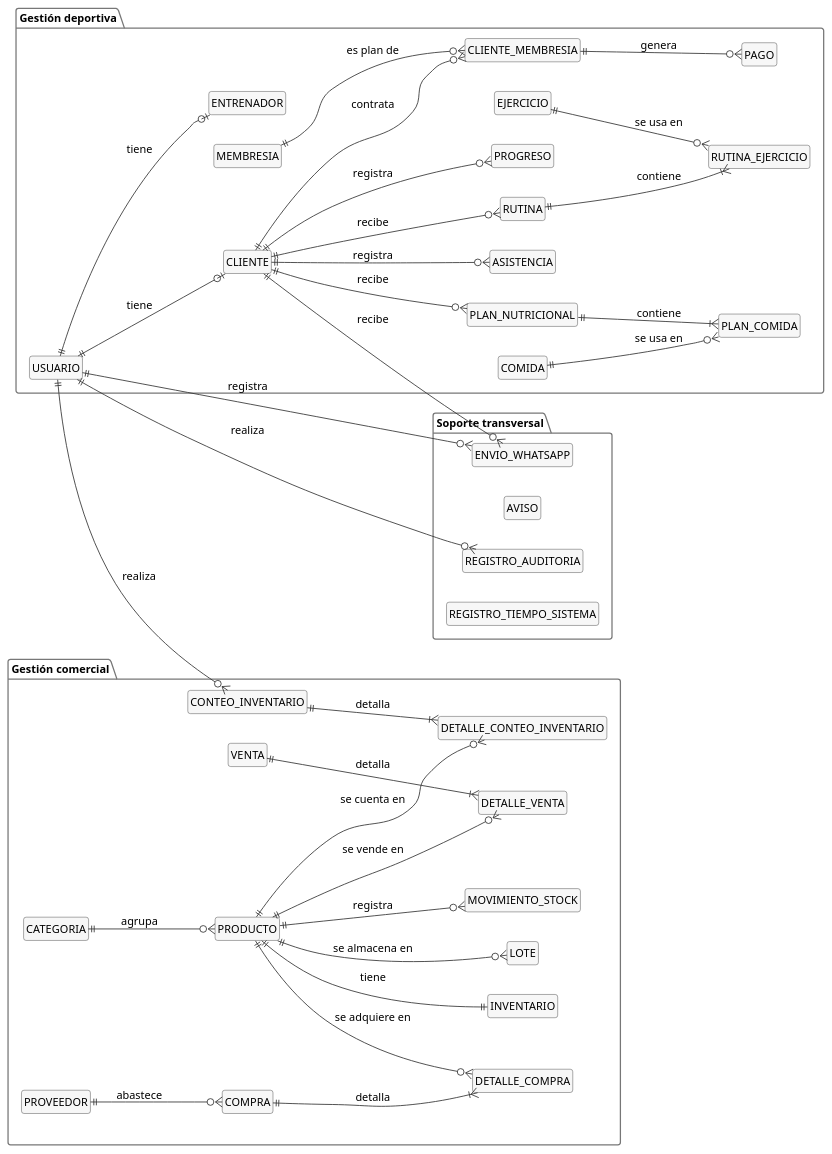
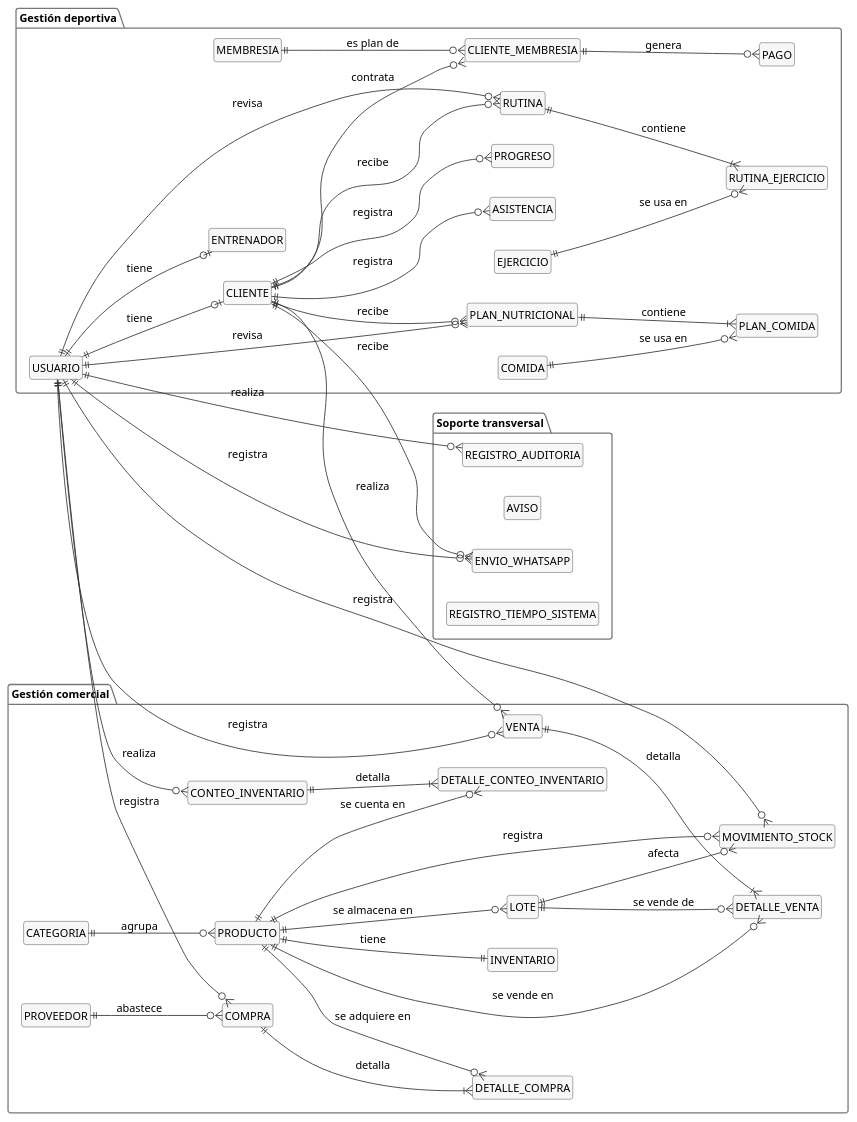
Before and after one commit to KeenGuerra/GleyforGymInvestigacion: the fifth of 11 diagrams in docs/07_Gestion_Proyecto/Intervencion_Metodologica.md, drawn with PlantUML. The commit also changed other lines of this file, not shown here.

````diff
--- a/docs/07_Gestion_Proyecto/Intervencion_Metodologica.md
+++ b/docs/07_Gestion_Proyecto/Intervencion_Metodologica.md
@@ -609,5 +609,13 @@
 CLIENTE ||--o{ ENVIO_WHATSAPP : recibe
 USUARIO ||--o{ ENVIO_WHATSAPP : registra
 USUARIO ||--o{ CONTEO_INVENTARIO : realiza
+USUARIO ||--o{ RUTINA : revisa
+USUARIO ||--o{ PLAN_NUTRICIONAL : revisa
+CLIENTE ||--o{ VENTA : realiza
+USUARIO ||--o{ VENTA : registra
+USUARIO ||--o{ COMPRA : registra
+USUARIO ||--o{ MOVIMIENTO_STOCK : registra
+LOTE ||--o{ MOVIMIENTO_STOCK : afecta
+LOTE ||--o{ DETALLE_VENTA : "se vende de"
 @enduml
 ```
````
